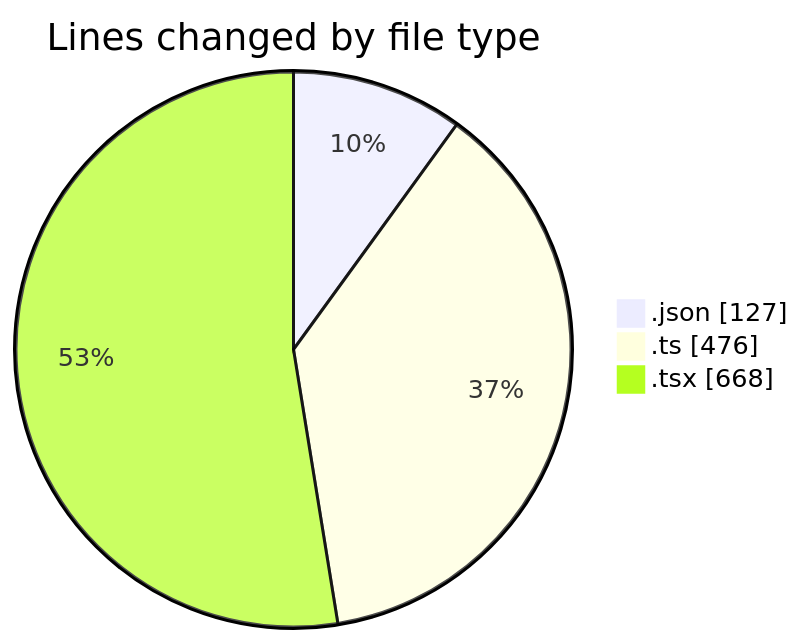
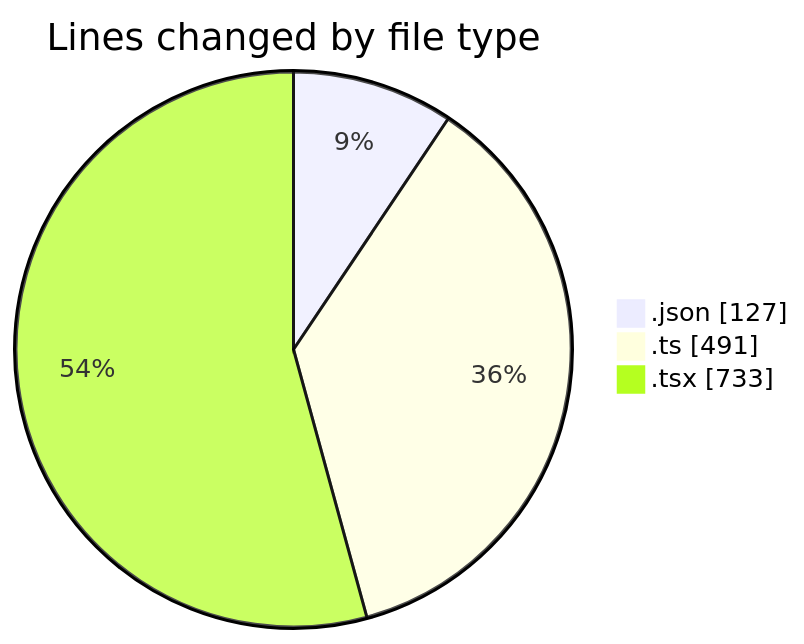
The first of 2 diagrams in 2025-11-12/eventscop-frontend-guide__workspace_/README.md (julien-gomy/code-tracking), drawn with Mermaid before and after one commit. The commit also changed other lines of this file and 1 other file, not shown here.

````diff
--- a/2025-11-12/eventscop-frontend-guide__workspace_/README.md
+++ b/2025-11-12/eventscop-frontend-guide__workspace_/README.md
@@ -24,7 +24,7 @@
 ```mermaid
 pie showData
 title Lines changed by file type
 ".json" : 127
-".ts" : 476
-".tsx" : 668
+".ts" : 491
+".tsx" : 733
 ```
````
